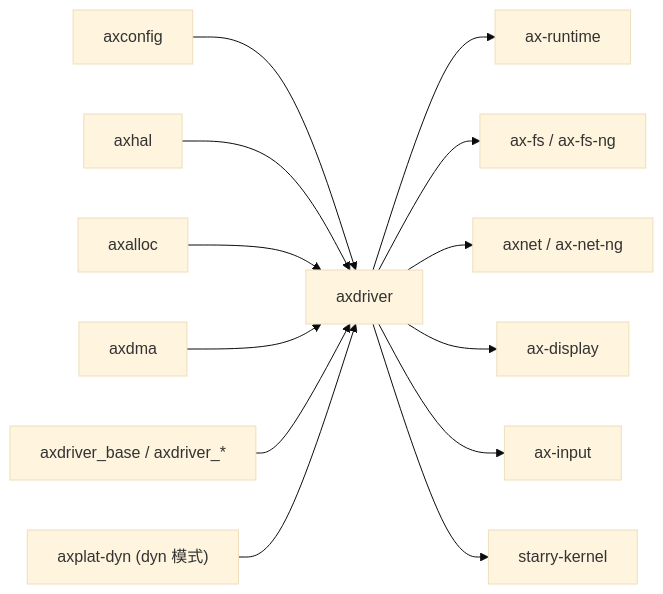
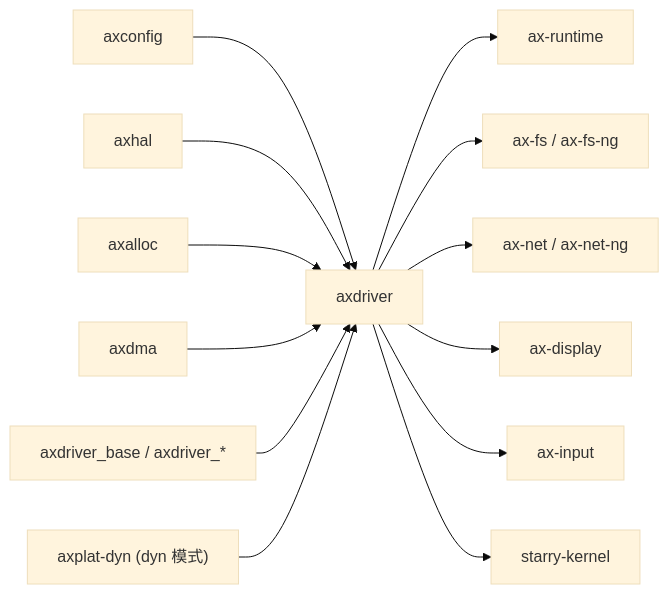
Before and after one commit to zKurisu/tgoskits: the second of 2 diagrams in docs/crates/axdriver.md, drawn with Mermaid (base theme). The commit also changed other lines of this file and 44 other files, not shown here.

Commit message:
rename axnet to ax-net

````diff
--- a/docs/crates/axdriver.md
+++ b/docs/crates/axdriver.md
@@ -124,16 +124,16 @@
 ```mermaid
 graph LR
     axconfig["axconfig"] --> axdriver["axdriver"]
     axhal["axhal"] --> axdriver
     axalloc["axalloc"] --> axdriver
     axdma["axdma"] --> axdriver
     axdriver_base["axdriver_base / axdriver_*"] --> axdriver
     axplat_dyn["axplat-dyn (dyn 模式)"] --> axdriver
 
     axdriver --> ax-runtime["ax-runtime"]
     axdriver --> ax-fs["ax-fs / ax-fs-ng"]
-    axdriver --> axnet["axnet / ax-net-ng"]
+    axdriver --> ax-net["ax-net / ax-net-ng"]
     axdriver --> ax-display["ax-display"]
     axdriver --> ax-input["ax-input"]
     axdriver --> starry_kernel["starry-kernel"]
 ```
````
